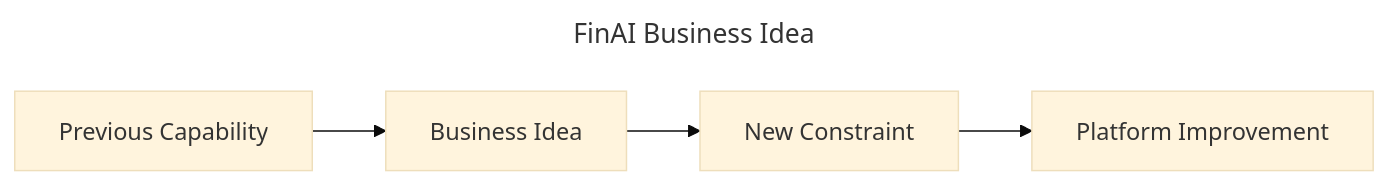
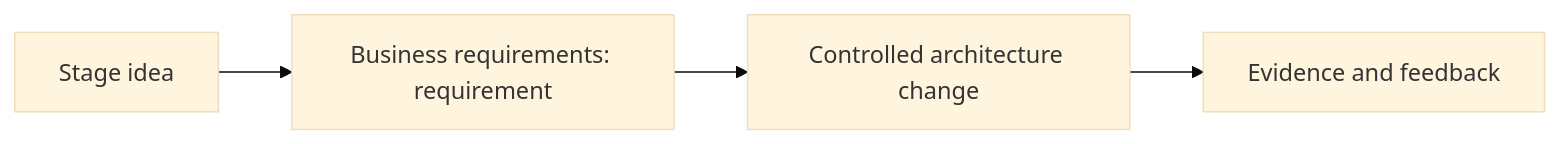
Before and after one commit to m1mohamad/devops-sre-prep: the first of 30 diagrams in docs/journey/index.md, drawn with Mermaid (base theme). The commit also changed other lines of this file and 100 other files, not shown here.

````diff
--- a/docs/journey/index.md
+++ b/docs/journey/index.md
@@ -9,7 +22,6 @@
 ```mermaid
----
-title: FinAI Business Idea
----
 flowchart LR
-  A[Previous Capability] --> B[Business Idea] --> C[New Constraint] --> D[Platform Improvement]
+  S1[Stage idea] --> R1[Business requirements: requirement]
+  R1 --> C1[Controlled architecture change]
+  C1 --> E1[Evidence and feedback]
 ```
````
